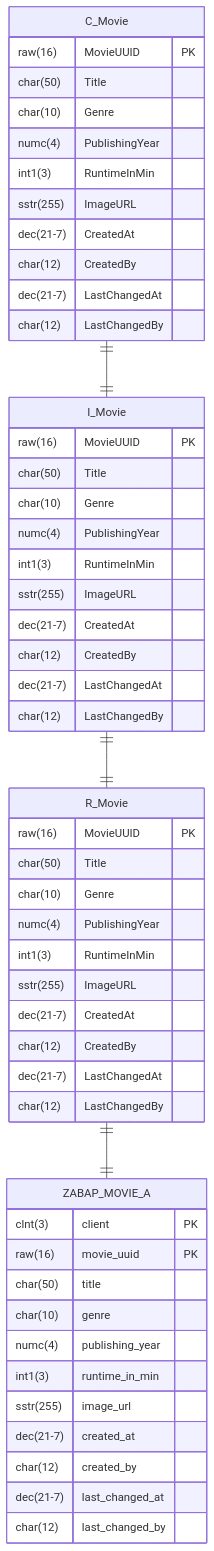
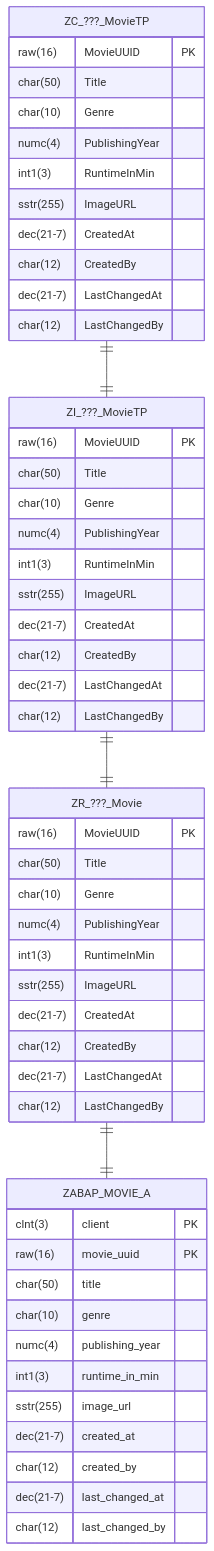
Before and after one commit to appenmaier/s4hana: the diagram in docs/exercises/rap/rap-01.md, drawn with Mermaid. The commit also changed other lines of this file and 38 other files, not shown here.

````diff
--- a/docs/exercises/rap/rap-01.md
+++ b/docs/exercises/rap/rap-01.md
@@ -13,59 +13,59 @@
 ```mermaid
 erDiagram
-    R_Movie ||--|| ZABAP_MOVIE_A  : ""
-    I_Movie ||--|| R_Movie  : ""
-    C_Movie ||--|| I_Movie  : ""
+    "ZR_???_Movie" ||--|| ZABAP_MOVIE_A  : ""
+    "ZI_???_MovieTP" ||--|| "ZR_???_Movie"  : ""
+    "ZC_???_MovieTP" ||--|| "ZI_???_MovieTP"  : ""
 
     ZABAP_MOVIE_A {
         clnt(3) client PK
         raw(16) movie_uuid PK
         char(50) title
         char(10) genre
         numc(4) publishing_year
         int1(3) runtime_in_min
         sstr(255) image_url
         dec(21-7) created_at
         char(12) created_by
         dec(21-7) last_changed_at
         char(12) last_changed_by
     }
 
-    R_Movie {
+    "ZR_???_Movie" {
         raw(16) MovieUUID PK
         char(50) Title
         char(10) Genre
         numc(4) PublishingYear
         int1(3) RuntimeInMin
         sstr(255) ImageURL
         dec(21-7) CreatedAt
         char(12) CreatedBy
         dec(21-7) LastChangedAt
         char(12) LastChangedBy
     }
 
-    I_Movie {
+    "ZI_???_MovieTP" {
         raw(16) MovieUUID PK
         char(50) Title
         char(10) Genre
         numc(4) PublishingYear
         int1(3) RuntimeInMin
         sstr(255) ImageURL
         dec(21-7) CreatedAt
         char(12) CreatedBy
         dec(21-7) LastChangedAt
         char(12) LastChangedBy
     }
 
-    C_Movie {
+    "ZC_???_MovieTP" {
         raw(16) MovieUUID PK
         char(50) Title
         char(10) Genre
         numc(4) PublishingYear
         int1(3) RuntimeInMin
         sstr(255) ImageURL
         dec(21-7) CreatedAt
         char(12) CreatedBy
         dec(21-7) LastChangedAt
         char(12) LastChangedBy
     }
 ```
````
